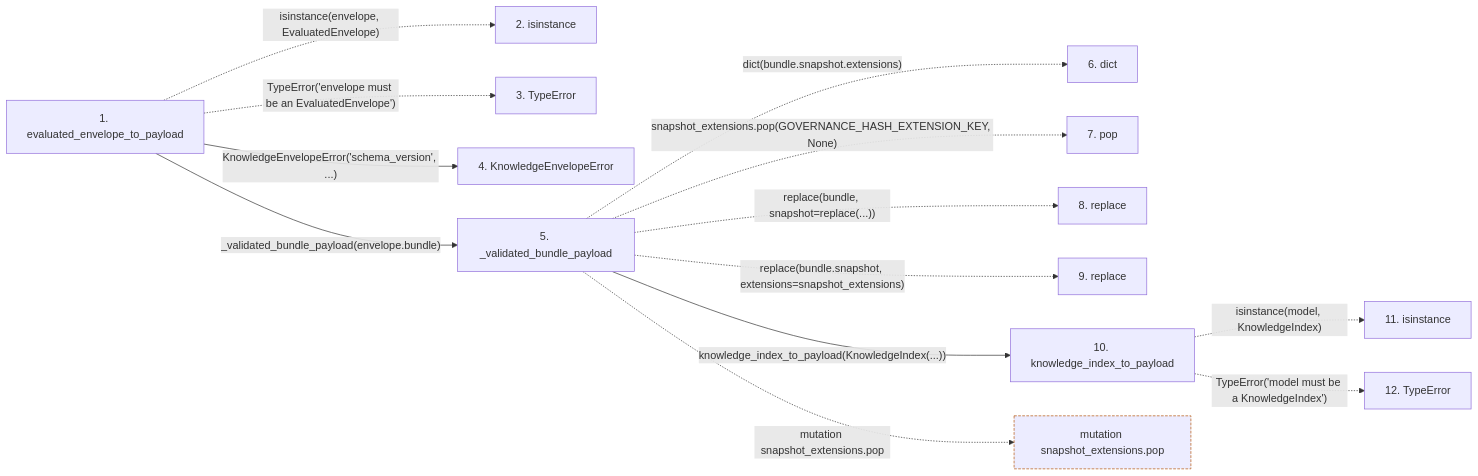
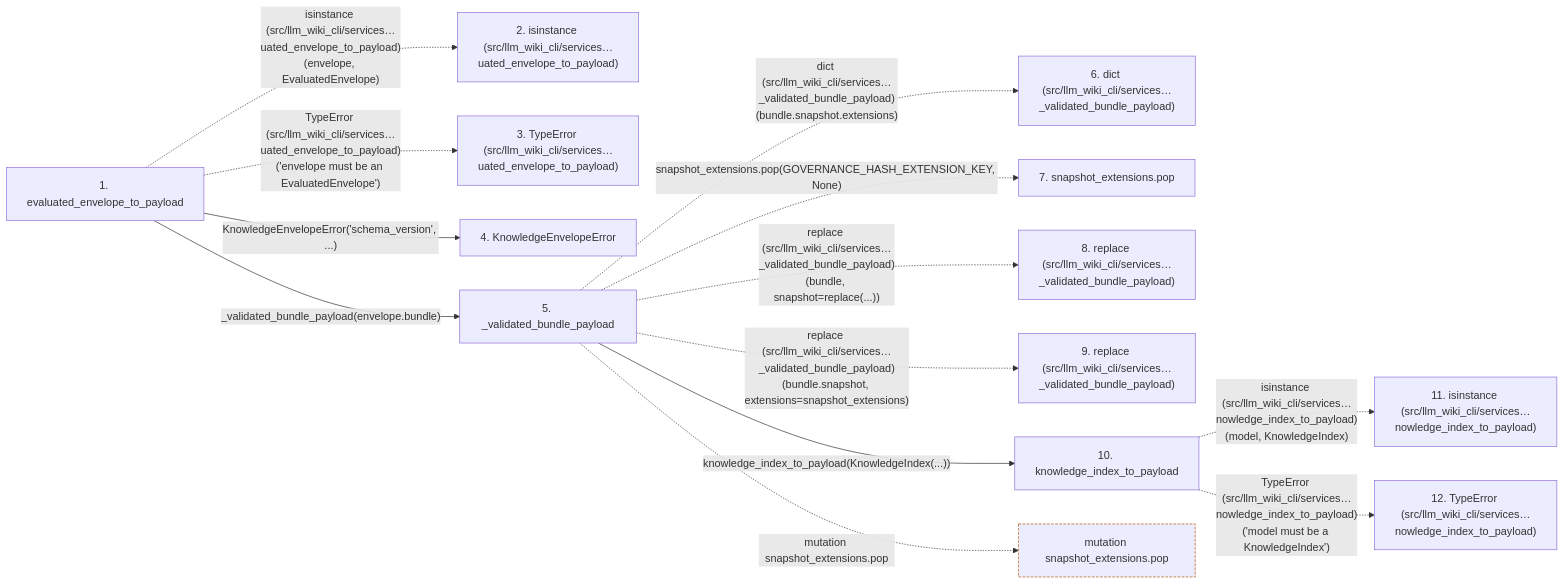
Before and after one commit to Denissvgn/python-wiki-llm: the second of 2 diagrams in docs/llm_wiki/flows/api-evaluated_envelope_to_payload.md, drawn with Mermaid. The commit also changed other lines of this file and 719 other files, not shown here.

````diff
--- a/docs/llm_wiki/flows/api-evaluated_envelope_to_payload.md
+++ b/docs/llm_wiki/flows/api-evaluated_envelope_to_payload.md
@@ -84,34 +88,34 @@
 ```mermaid
 flowchart LR
     s1["1. evaluated_envelope_to_payload"]
-    s2["2. isinstance"]
-    s3["3. TypeError"]
+    s2["2. isinstance (src/llm_wiki_cli/services…uated_envelope_to_payload)"]
+    s3["3. TypeError (src/llm_wiki_cli/services…uated_envelope_to_payload)"]
     s4["4. KnowledgeEnvelopeError"]
     s5["5. _validated_bundle_payload"]
-    s6["6. dict"]
-    s7["7. pop"]
-    s8["8. replace"]
-    s9["9. replace"]
+    s6["6. dict (src/llm_wiki_cli/services…_validated_bundle_payload)"]
+    s7["7. snapshot_extensions.pop"]
+    s8["8. replace (src/llm_wiki_cli/services…_validated_bundle_payload)"]
+    s9["9. replace (src/llm_wiki_cli/services…_validated_bundle_payload)"]
     s10["10. knowledge_index_to_payload"]
-    s11["11. isinstance"]
-    s12["12. TypeError"]
-    s1 -. "isinstance(envelope, EvaluatedEnvelope)" .-> s2
-    s1 -. "TypeError('envelope must be an EvaluatedEnvelope')" .-> s3
+    s11["11. isinstance (src/llm_wiki_cli/services…nowledge_index_to_payload)"]
+    s12["12. TypeError (src/llm_wiki_cli/services…nowledge_index_to_payload)"]
+    s1 -. "isinstance (src/llm_wiki_cli/services…uated_envelope_to_payload)(envelope, EvaluatedEnvelope)" .-> s2
+    s1 -. "TypeError (src/llm_wiki_cli/services…uated_envelope_to_payload)('envelope must be an EvaluatedEnvelope')" .-> s3
     s1 -->|"KnowledgeEnvelopeError('schema_version', ...)"| s4
     s1 -->|"_validated_bundle_payload(envelope.bundle)"| s5
-    s5 -. "dict(bundle.snapshot.extensions)" .-> s6
+    s5 -. "dict (src/llm_wiki_cli/services…_validated_bundle_payload)(bundle.snapshot.extensions)" .-> s6
     s5 -. "snapshot_extensions.pop(GOVERNANCE_HASH_EXTENSION_KEY, None)" .-> s7
-    s5 -. "replace(bundle, snapshot=replace(...))" .-> s8
-    s5 -. "replace(bundle.snapshot, extensions=snapshot_extensions)" .-> s9
+    s5 -. "replace (src/llm_wiki_cli/services…_validated_bundle_payload)(bundle, snapshot=replace(...))" .-> s8
+    s5 -. "replace (src/llm_wiki_cli/services…_validated_bundle_payload)(bundle.snapshot, extensions=snapshot_extensions)" .-> s9
     s5 -->|"knowledge_index_to_payload(KnowledgeIndex(...))"| s10
-    s10 -. "isinstance(model, KnowledgeIndex)" .-> s11
-    s10 -. "TypeError('model must be a KnowledgeIndex')" .-> s12
+    s10 -. "isinstance (src/llm_wiki_cli/services…nowledge_index_to_payload)(model, KnowledgeIndex)" .-> s11
+    s10 -. "TypeError (src/llm_wiki_cli/services…nowledge_index_to_payload)('model must be a KnowledgeIndex')" .-> s12
     b0["mutation snapshot_extensions.pop"]
     s5 -. "mutation snapshot_extensions.pop" .-> b0
     click s1 "../modules/knowledge_envelope.md"
     click s4 "../modules/knowledge_envelope.md"
     click s5 "../modules/knowledge_envelope.md"
     click s10 "../modules/knowledge_model.md"
     classDef boundary stroke:#b45309,stroke-dasharray: 4 2
     class b0 boundary
 ```
````
